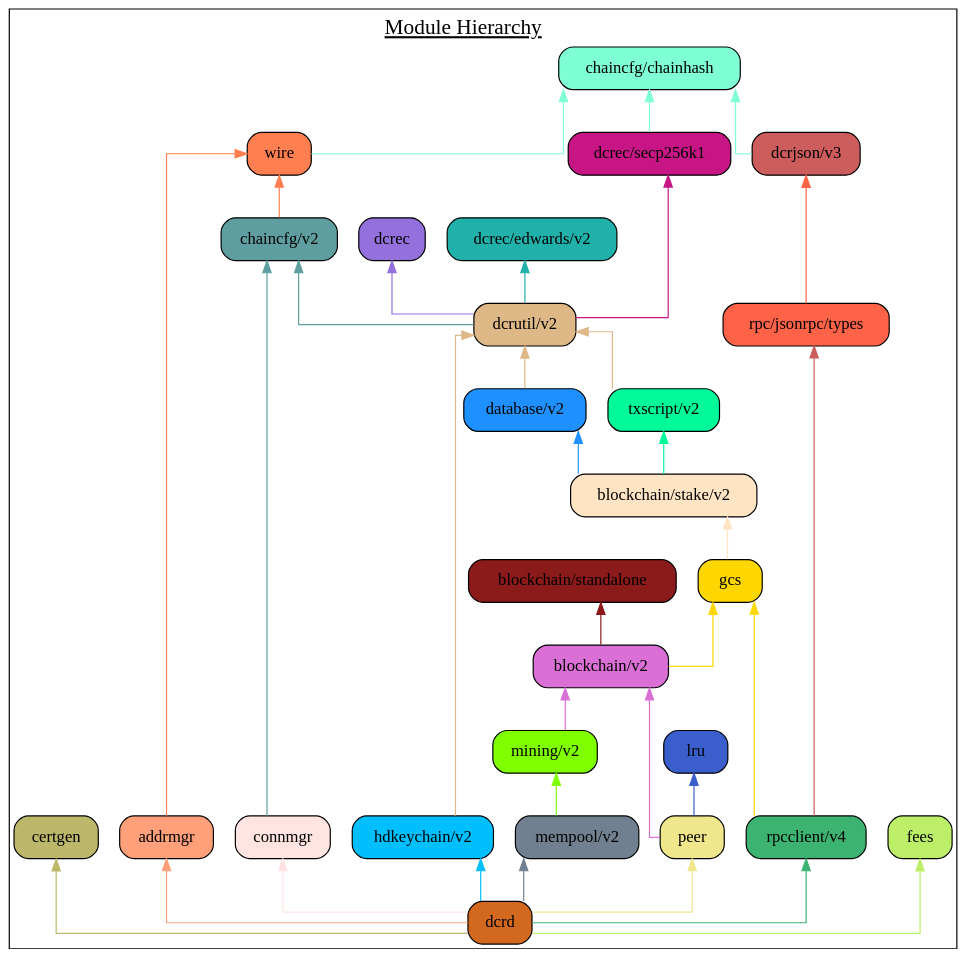
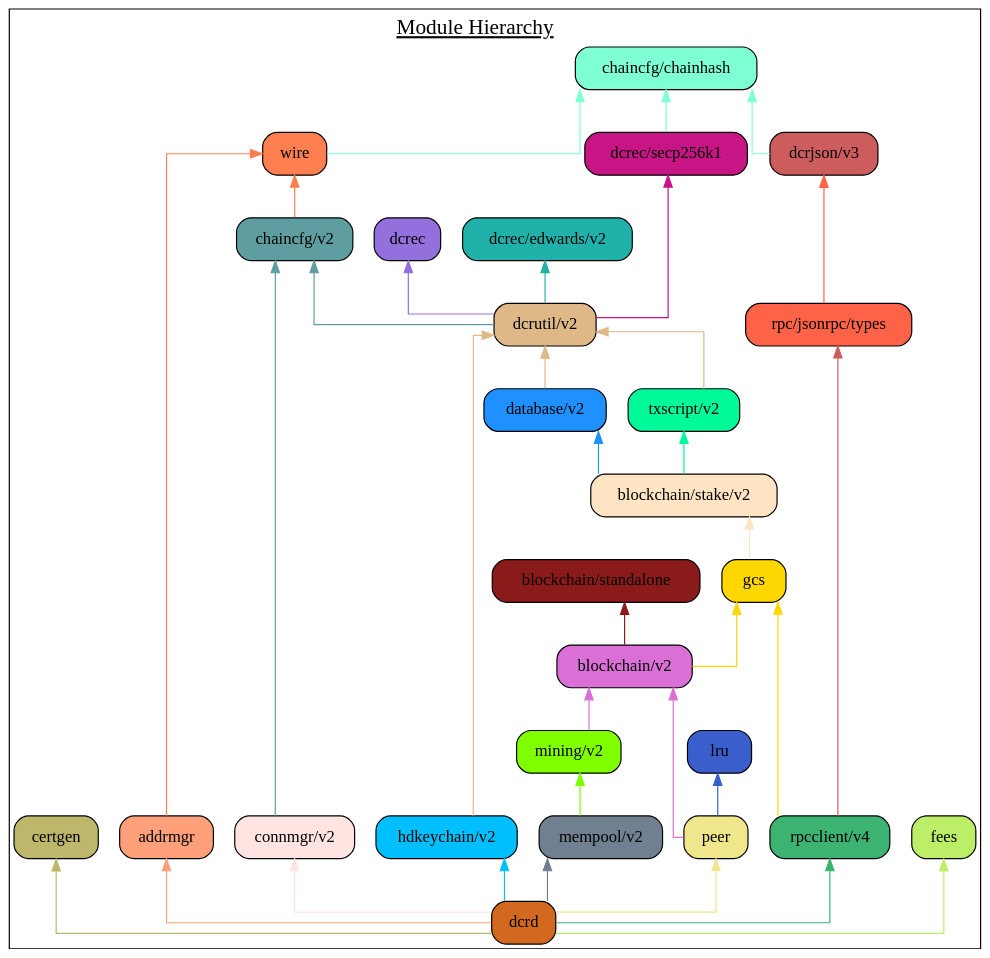
One commit to decred/dcrd changed the diagram in docs/assets/module_hierarchy.gv. Above: the diagram before and after it, drawn with Graphviz. The commit also changed 2 other files, not shown here.

Commit message:
docs: Update for connmgr v2 module.

```diff
--- a/docs/assets/module_hierarchy.gv
+++ b/docs/assets/module_hierarchy.gv
@@ -1,69 +1,69 @@
 digraph {
 	graph [splines=ortho colorscheme=svg label=<<u>Module Hierarchy</u>> labelloc=t fontsize=18.0]
 	node [shape=box style="filled, rounded"]
 
 	certgen [label="certgen" fillcolor=darkkhaki]
 	chainhash [label="chaincfg/chainhash" fillcolor=aquamarine]
 	dcrjson [label="dcrjson/v3" fillcolor=indianred]
 	types [label="rpc/jsonrpc/types" fillcolor=tomato]
 	wire [label="wire" fillcolor=coral]
 	addrmgr [label="addrmgr" fillcolor=lightsalmon]
 	chaincfg [label="chaincfg/v2" fillcolor=cadetblue]
-	connmgr [label="connmgr" fillcolor=mistyrose]
+	connmgr [label="connmgr/v2" fillcolor=mistyrose]
 	dcrec [label="dcrec" fillcolor=mediumpurple]
 	edwards [label="dcrec/edwards/v2" fillcolor=lightseagreen]
 	secp256k1 [label="dcrec/secp256k1" fillcolor=mediumvioletred]
 	dcrutil [label="dcrutil/v2" fillcolor=burlywood]
 	database [label="database/v2" fillcolor=dodgerblue]
 	hdkeychain [label="hdkeychain/v2" fillcolor=deepskyblue]
 	txscript [label="txscript/v2" fillcolor=mediumspringgreen]
 	stake [label="blockchain/stake/v2" fillcolor=bisque]
 	standalone [label="blockchain/standalone" fillcolor=firebrick4]
 	gcs [label="gcs" fillcolor=gold]
 	blockchain [label="blockchain/v2" fillcolor=orchid]
 	mempool [label="mempool/v2" fillcolor=slategray]
 	mining [label="mining/v2" fillcolor=chartreuse]
 	lru  [label="lru" fillcolor=royalblue3]
 	peer [label="peer" fillcolor=khaki]
 	rpcclient [label="rpcclient/v4" fillcolor=mediumseagreen]
 	fees [label="fees" fillcolor=darkolivegreen2]
 	dcrd [label="dcrd" fillcolor=chocolate]
 
 	{rank=same connmgr addrmgr hdkeychain peer rpcclient mempool}
 
 	certgen
 	chainhash -> dcrjson [dir=back color=aquamarine]
 	chainhash -> wire [dir=back color=aquamarine]
 	wire -> addrmgr [dir=back color=coral]
 	wire -> chaincfg [dir=back color=coral]
 	chaincfg -> connmgr [dir=back color=cadetblue]
 	chainhash -> secp256k1 [dir=back color=aquamarine]
 	chaincfg -> dcrutil [dir=back color=cadetblue]
 	dcrec -> dcrutil [dir=back color=mediumpurple]
 	edwards ->  dcrutil [dir=back color=lightseagreen]
 	secp256k1 ->  dcrutil [dir=back color=mediumvioletred]
 	dcrutil -> database [dir=back color=burlywood]
 	dcrutil -> hdkeychain [dir=back color=burlywood]
 	dcrutil -> txscript [dir=back color=burlywood]
 	database ->  stake [dir=back color=dodgerblue]
 	txscript -> stake [dir=back color=mediumspringgreen]
 	stake -> gcs [dir=back color=bisque]
 	standalone -> blockchain [dir=back color=firebrick4]
 	gcs -> blockchain [dir=back color=gold]
 	gcs -> rpcclient [dir=back color=gold]
 	blockchain -> mining [dir=back color=orchid]
 	mining -> mempool [dir=back color=chartreuse]
 	lru -> peer [dir=back color=royalblue3]
 	blockchain -> peer [dir=back color=orchid]
 	dcrjson -> types [dir=back color=tomato]
 	types -> rpcclient [dir=back color=indianred]
 
 	fees -> dcrd [dir=back color=darkolivegreen2]
 	mempool -> dcrd [dir=back color=slategray]
 	certgen -> dcrd [dir=back color=darkkhaki]
 	addrmgr -> dcrd [dir=back color=lightsalmon]
 	hdkeychain -> dcrd [dir=back color=deepskyblue]
 	connmgr -> dcrd [dir=back color=mistyrose]
 	rpcclient -> dcrd [dir=back color=mediumseagreen]
 	peer -> dcrd [dir=back color=khaki]
 }
```
